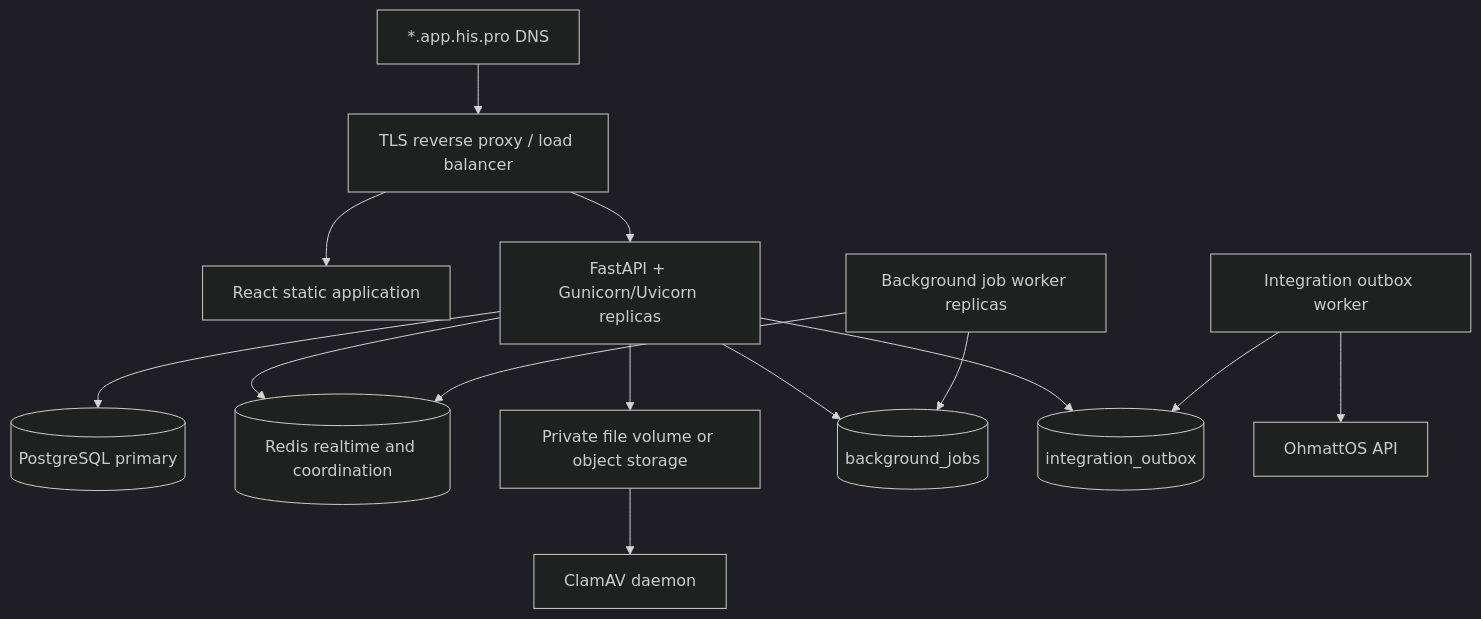
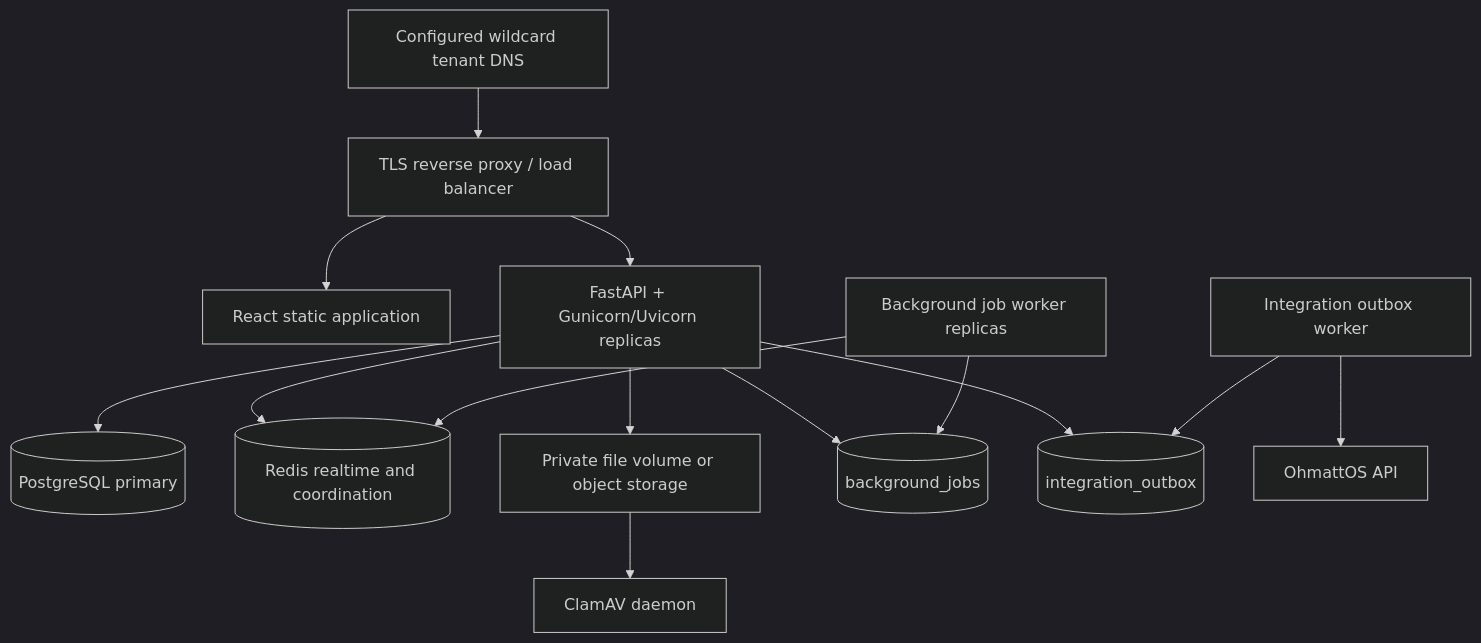
One commit to ohmatt160/his.pro changed the first of 4 diagrams in docs/02_SYSTEM_ARCHITECTURE.md. Above: the diagram before and after it, drawn with Mermaid (dark theme). The commit also changed other lines of this file and 30 other files, not shown here.

````diff
--- a/docs/02_SYSTEM_ARCHITECTURE.md
+++ b/docs/02_SYSTEM_ARCHITECTURE.md
@@ -5,16 +5,16 @@
 ```mermaid
 flowchart TB
-    DNS["*.app.his.pro DNS"] --> EDGE["TLS reverse proxy / load balancer"]
+    DNS["Configured wildcard tenant DNS"] --> EDGE["TLS reverse proxy / load balancer"]
     EDGE --> SPA["React static application"]
     EDGE --> API["FastAPI + Gunicorn/Uvicorn replicas"]
     API --> DB[("PostgreSQL primary")]
     API --> REDIS[("Redis realtime and coordination")]
     API --> FILES["Private file volume or object storage"]
     FILES --> AV["ClamAV daemon"]
     API --> JOBS[("background_jobs")]
     API --> OUTBOX[("integration_outbox")]
     WORKER["Background job worker replicas"] --> JOBS
     WORKER --> REDIS
     IWORKER["Integration outbox worker"] --> OUTBOX
     IWORKER --> OHM["OhmattOS API"]
 ```
````
